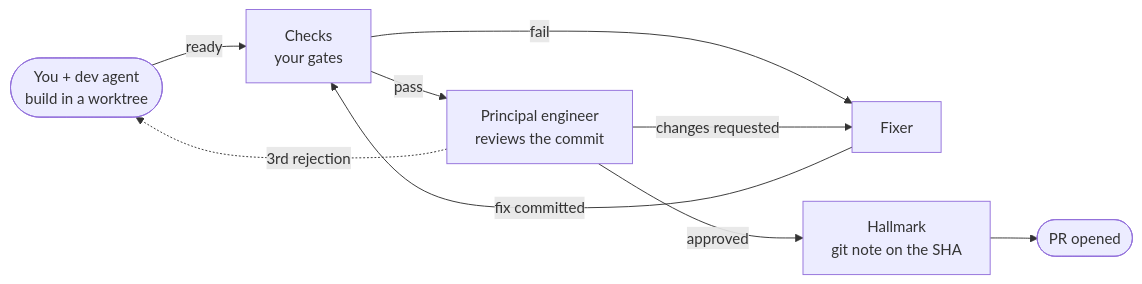
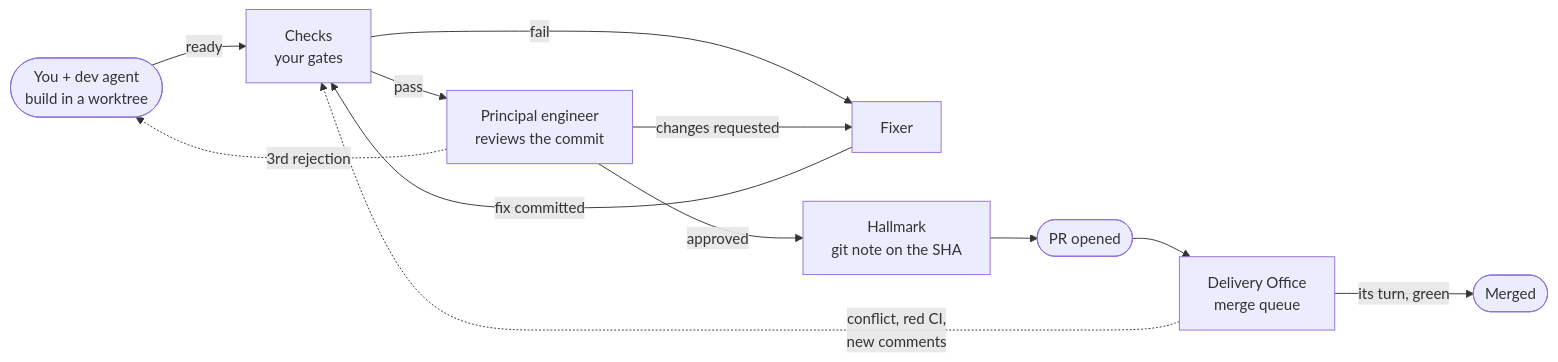
One commit to tiagocolombo/hallmark changed the diagram in README.md. Above: the diagram before and after it, drawn with Mermaid. The commit also changed other lines of this file and 23 other files, not shown here.

````diff
--- a/README.md
+++ b/README.md
@@ -116,11 +125,14 @@
 ```mermaid
 flowchart LR
     you([You + dev agent<br/>build in a worktree]) -->|ready| checks[Checks<br/>your gates]
     checks -->|pass| review[Principal engineer<br/>reviews the commit]
     checks -->|fail| fixer[Fixer]
     review -->|changes requested| fixer
     fixer -->|fix committed| checks
     review -->|approved| stamp[Hallmark<br/>git note on the SHA]
     stamp --> pr([PR opened])
+    pr --> queue[Delivery Office<br/>merge queue]
+    queue -->|its turn, green| merged([Merged])
+    queue -.->|conflict, red CI,<br/>new comments| checks
     review -.->|3rd rejection| you
 ```
````
